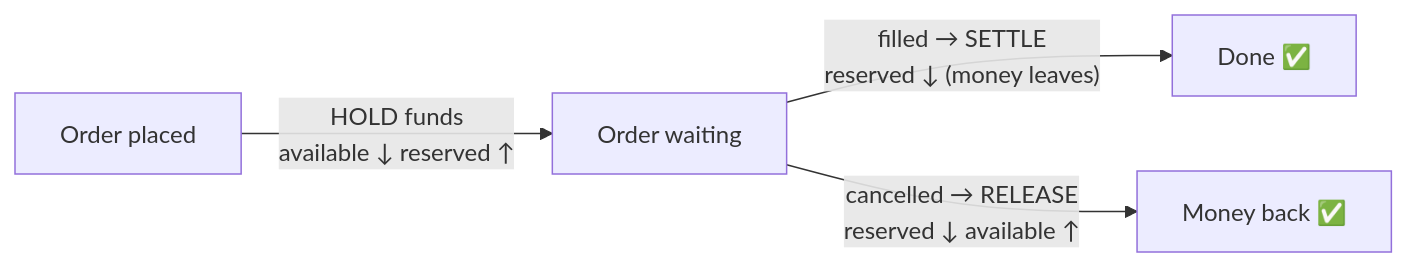
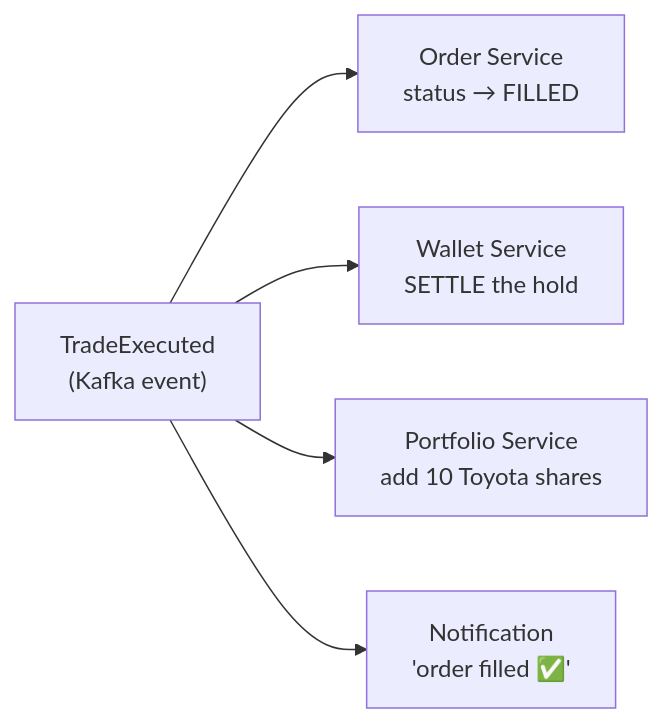
The eighth of 8 diagrams in 11_Paypay_Interview/PayPay_Securities_Design_HLD_LLD.md (someshsangwan/SDE-Vault), drawn with Mermaid before and after one commit. The commit also changed other lines of this file, not shown here.

````diff
--- a/11_Paypay_Interview/PayPay_Securities_Design_HLD_LLD.md
+++ b/11_Paypay_Interview/PayPay_Securities_Design_HLD_LLD.md
@@ -338,6 +340,7 @@
 ```mermaid
 flowchart LR
-    A["Order placed"] -->|HOLD funds<br/>available ↓ reserved ↑| B["Order waiting"]
-    B -->|"filled → SETTLE<br/>reserved ↓ (money leaves)"| C["Done ✅"]
-    B -->|"cancelled → RELEASE<br/>reserved ↓ available ↑"| D["Money back ✅"]
+    E["TradeExecuted<br/>(Kafka event)"] --> OS["Order Service<br/>status → FILLED"]
+    E --> WS["Wallet Service<br/>SETTLE the hold"]
+    E --> PF["Portfolio Service<br/>add 10 Toyota shares"]
+    E --> NS["Notification<br/>'order filled ✅'"]
 ```
````
